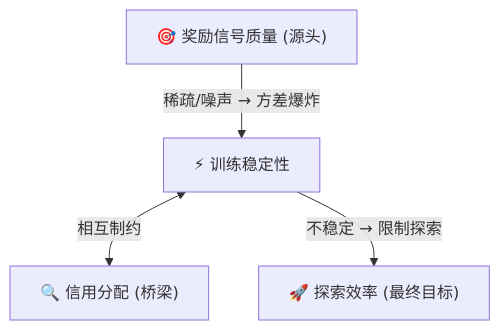
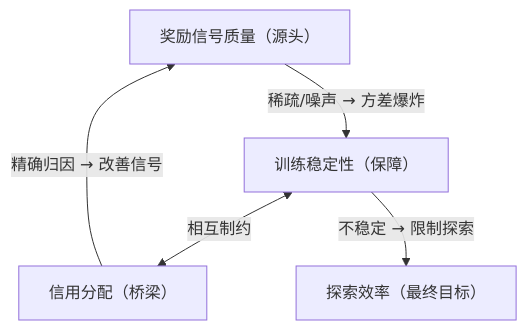
The diagram in docs/agentic-rl/ch1/1.1-overview.md (XavierZhang2002/agentic-rl-analysis), drawn with Mermaid before and after one commit. The commit also changed other lines of this file and 33 other files, not shown here.

````diff
--- a/docs/agentic-rl/ch1/1.1-overview.md
+++ b/docs/agentic-rl/ch1/1.1-overview.md
@@ -44,6 +56,7 @@
 ```mermaid
 flowchart TD
-    A["🎯 奖励信号质量 (源头)"] -->|"稀疏/噪声 → 方差爆炸"| B["⚡ 训练稳定性"]
-    B <-->|"相互制约"| C["🔍 信用分配 (桥梁)"]
-    B -->|"不稳定 → 限制探索"| D["🚀 探索效率 (最终目标)"]
+    A["奖励信号质量（源头）"] -->|"稀疏/噪声 → 方差爆炸"| B["训练稳定性（保障）"]
+    B <-->|"相互制约"| C["信用分配（桥梁）"]
+    B -->|"不稳定 → 限制探索"| D["探索效率（最终目标）"]
+    C -->|"精确归因 → 改善信号"| A
 ```
````
